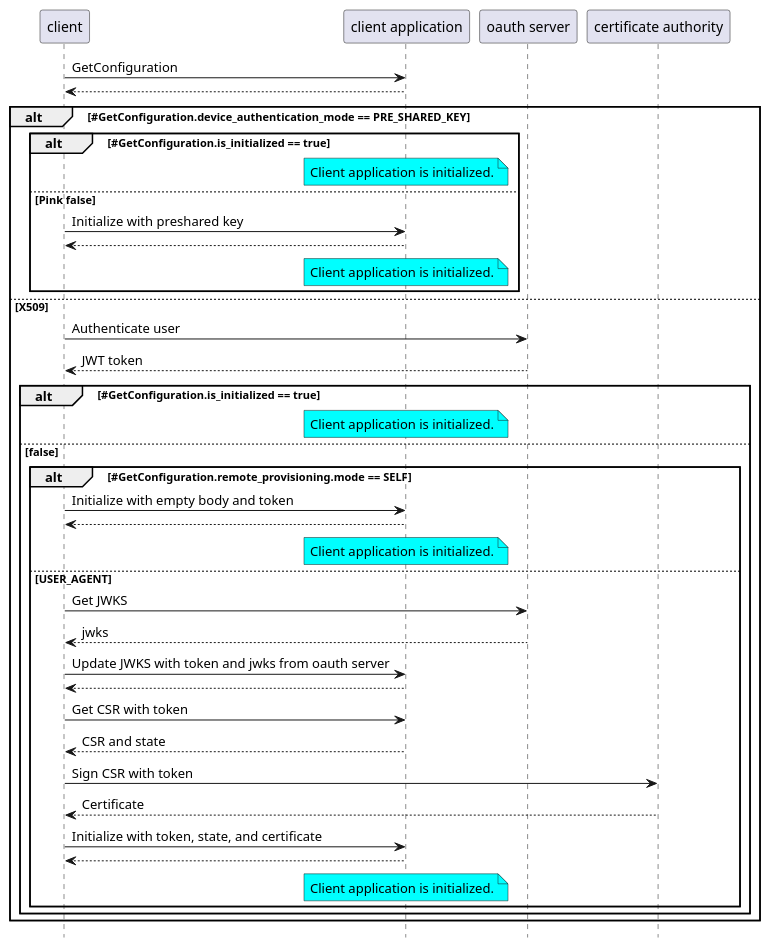
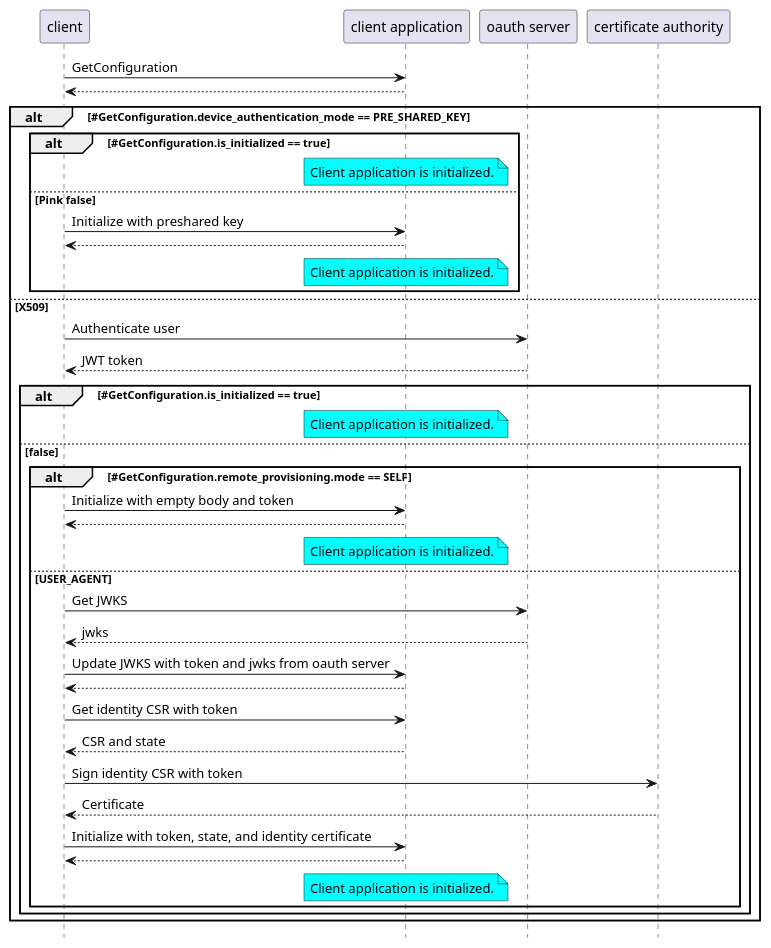
One commit to plgd-dev/client-application changed the diagram in initialize.plantuml. Above: the diagram before and after it, drawn with PlantUML. The commit also changed 26 other files, not shown here.

Commit message:
remote-provisioning: sign certificate by user-agent mediator

```diff
--- a/initialize.plantuml
+++ b/initialize.plantuml
@@ -1,55 +1,55 @@
 @startuml Sequence
 skinparam backgroundColor transparent
 hide footbox
 
 participant C as "client"
 participant S as "client application"
 participant O as "oauth server"
 participant CA as "certificate authority"
 
 C -> S: GetConfiguration
 return
 alt #GetConfiguration.device_authentication_mode == PRE_SHARED_KEY
   alt #GetConfiguration.is_initialized == true
       note over S #aqua
       Client application is initialized.
       end note
   else Pink false
       C -> S: Initialize with preshared key
       return
       note over S #aqua
       Client application is initialized.
       end note
   end
 else X509
     C -> O: Authenticate user
     return JWT token 
     alt #GetConfiguration.is_initialized == true
       note over S #aqua
       Client application is initialized.
     end note
     else false
         alt #GetConfiguration.remote_provisioning.mode == SELF
           C -> S: Initialize with empty body and token
           return
           note over S #aqua
           Client application is initialized.
           end note
         else USER_AGENT
           C -> O: Get JWKS
           return jwks
           C -> S: Update JWKS with token and jwks from oauth server
           return
-          C -> S: Get CSR with token
+          C -> S: Get identity CSR with token
           return CSR and state
-          C-> CA: Sign CSR with token
+          C-> CA: Sign identity CSR with token
           return Certificate
-          C -> S: Initialize with token, state, and certificate
+          C -> S: Initialize with token, state, and identity certificate
           return
           note over S #aqua
           Client application is initialized.
           end note
         end
     end
 end
 @enduml
```
